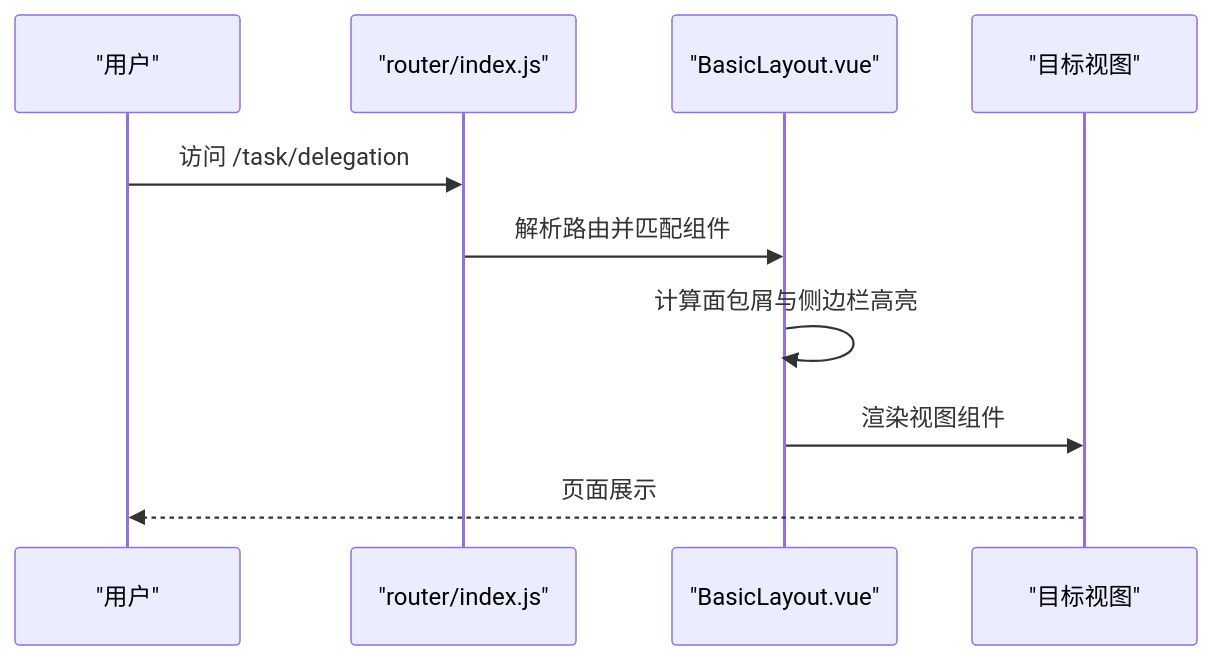
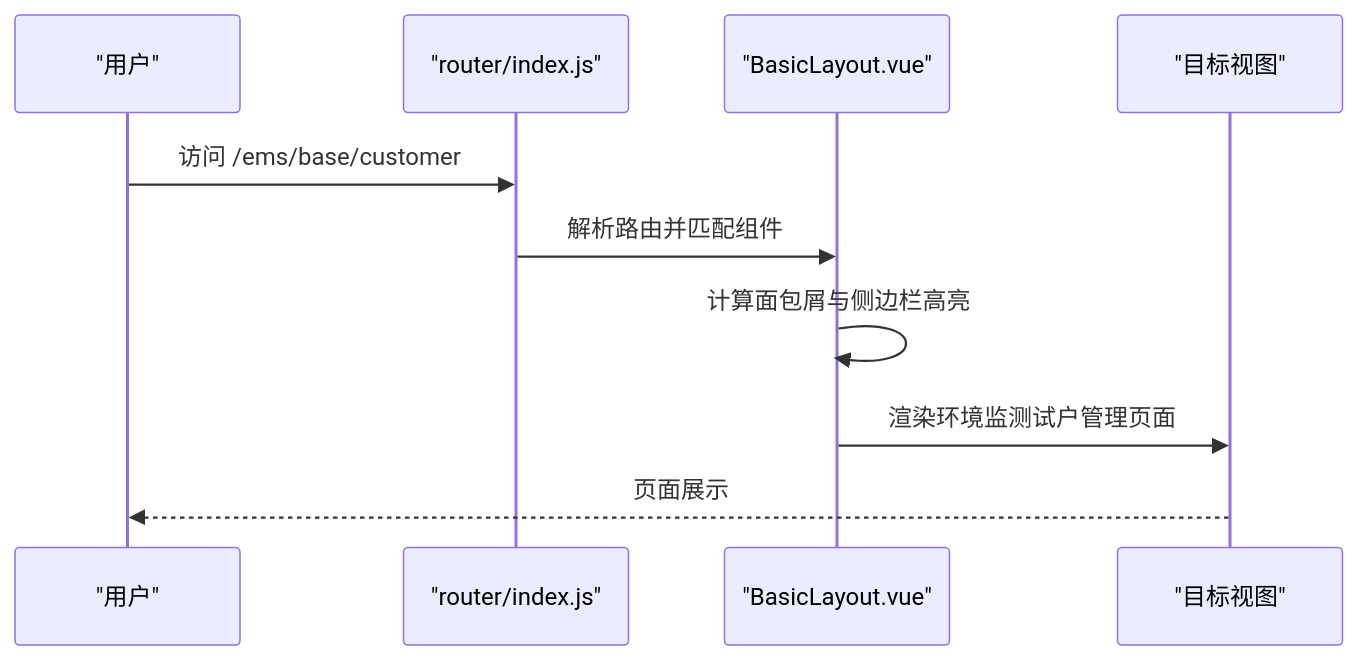
The third of 16 diagrams in .qoder/repowiki/zh/content/用户界面设计/用户界面设计.md (liming-lihaini/workflow), drawn with Mermaid before and after one commit. The commit also changed other lines of this file and 45 other files, not shown here.

````diff
--- a/.qoder/repowiki/zh/content/用户界面设计/用户界面设计.md
+++ b/.qoder/repowiki/zh/content/用户界面设计/用户界面设计.md
@@ -268,12 +275,12 @@
 ```mermaid
 sequenceDiagram
 participant U as "用户"
 participant R as "router/index.js"
 participant L as "BasicLayout.vue"
 participant V as "目标视图"
-U->>R : 访问 /task/delegation
+U->>R : 访问 /ems/base/customer
 R->>L : 解析路由并匹配组件
 L->>L : 计算面包屑与侧边栏高亮
-L->>V : 渲染视图组件
+L->>V : 渲染环境监测试户管理页面
 V-->>U : 页面展示
 ```
````
